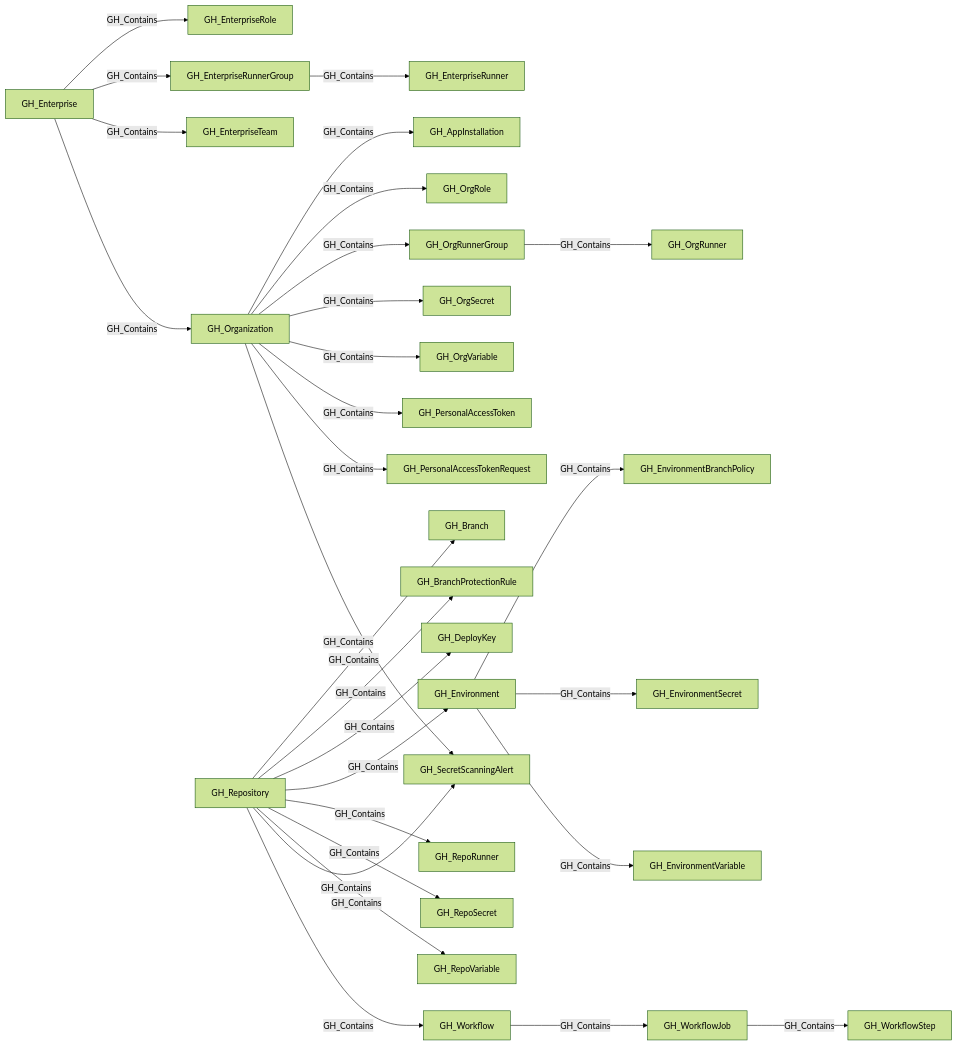
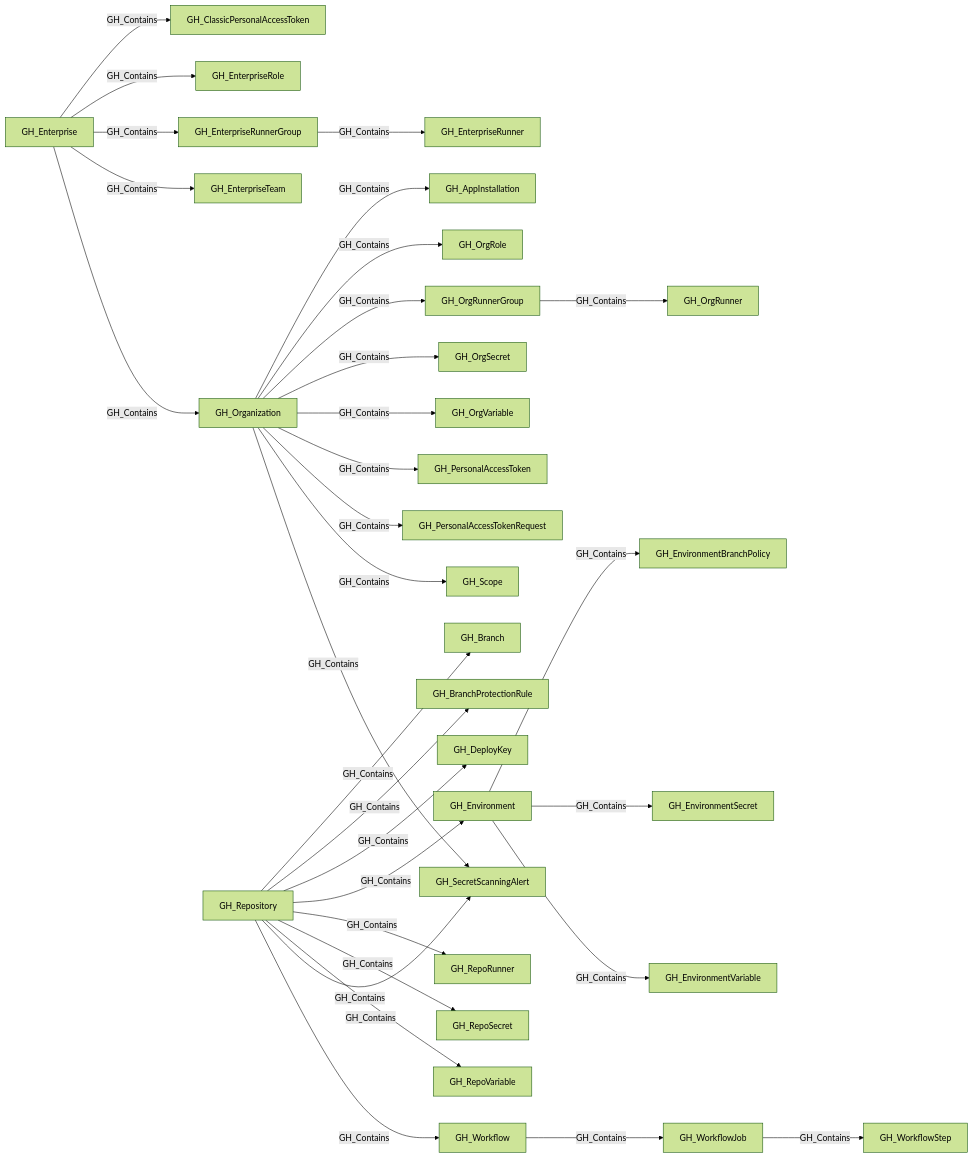
The first of 2 diagrams in docs/opengraph/extensions/github/edges/gh_contains.mdx (SpecterOps/bloodhound-docs), drawn with Mermaid (forest theme) before and after one commit. The commit also changed other lines of this file and 30 other files, not shown here.

Commit message:
chore: update openhound github reference for schema v1.4.0

````diff
--- a/docs/opengraph/extensions/github/edges/gh_contains.mdx
+++ b/docs/opengraph/extensions/github/edges/gh_contains.mdx
@@ -43,60 +45,64 @@
 ```mermaid
 flowchart LR
     GH_AppInstallation["GH_AppInstallation"]
     GH_Branch["GH_Branch"]
     GH_BranchProtectionRule["GH_BranchProtectionRule"]
+    GH_ClassicPersonalAccessToken["GH_ClassicPersonalAccessToken"]
     GH_DeployKey["GH_DeployKey"]
     GH_Enterprise["GH_Enterprise"]
     GH_EnterpriseRole["GH_EnterpriseRole"]
     GH_EnterpriseRunner["GH_EnterpriseRunner"]
     GH_EnterpriseRunnerGroup["GH_EnterpriseRunnerGroup"]
     GH_EnterpriseTeam["GH_EnterpriseTeam"]
     GH_Environment["GH_Environment"]
     GH_EnvironmentBranchPolicy["GH_EnvironmentBranchPolicy"]
     GH_EnvironmentSecret["GH_EnvironmentSecret"]
     GH_EnvironmentVariable["GH_EnvironmentVariable"]
     GH_Organization["GH_Organization"]
     GH_OrgRole["GH_OrgRole"]
     GH_OrgRunner["GH_OrgRunner"]
     GH_OrgRunnerGroup["GH_OrgRunnerGroup"]
     GH_OrgSecret["GH_OrgSecret"]
     GH_OrgVariable["GH_OrgVariable"]
     GH_PersonalAccessToken["GH_PersonalAccessToken"]
     GH_PersonalAccessTokenRequest["GH_PersonalAccessTokenRequest"]
     GH_RepoRunner["GH_RepoRunner"]
     GH_RepoSecret["GH_RepoSecret"]
     GH_Repository["GH_Repository"]
     GH_RepoVariable["GH_RepoVariable"]
+    GH_Scope["GH_Scope"]
     GH_SecretScanningAlert["GH_SecretScanningAlert"]
     GH_Workflow["GH_Workflow"]
     GH_WorkflowJob["GH_WorkflowJob"]
     GH_WorkflowStep["GH_WorkflowStep"]
+    GH_Enterprise -- GH_Contains --> GH_ClassicPersonalAccessToken
     GH_Enterprise -- GH_Contains --> GH_EnterpriseRole
     GH_Enterprise -- GH_Contains --> GH_EnterpriseRunnerGroup
     GH_Enterprise -- GH_Contains --> GH_EnterpriseTeam
     GH_Enterprise -- GH_Contains --> GH_Organization
     GH_EnterpriseRunnerGroup -- GH_Contains --> GH_EnterpriseRunner
     GH_Environment -- GH_Contains --> GH_EnvironmentBranchPolicy
     GH_Environment -- GH_Contains --> GH_EnvironmentSecret
     GH_Environment -- GH_Contains --> GH_EnvironmentVariable
     GH_Organization -- GH_Contains --> GH_AppInstallation
     GH_Organization -- GH_Contains --> GH_OrgRole
     GH_Organization -- GH_Contains --> GH_OrgRunnerGroup
     GH_Organization -- GH_Contains --> GH_OrgSecret
     GH_Organization -- GH_Contains --> GH_OrgVariable
     GH_Organization -- GH_Contains --> GH_PersonalAccessToken
     GH_Organization -- GH_Contains --> GH_PersonalAccessTokenRequest
+    GH_Organization -- GH_Contains --> GH_Scope
     GH_Organization -- GH_Contains --> GH_SecretScanningAlert
     GH_OrgRunnerGroup -- GH_Contains --> GH_OrgRunner
     GH_Repository -- GH_Contains --> GH_Branch
     GH_Repository -- GH_Contains --> GH_BranchProtectionRule
     GH_Repository -- GH_Contains --> GH_DeployKey
     GH_Repository -- GH_Contains --> GH_Environment
     GH_Repository -- GH_Contains --> GH_RepoRunner
     GH_Repository -- GH_Contains --> GH_RepoSecret
     GH_Repository -- GH_Contains --> GH_RepoVariable
     GH_Repository -- GH_Contains --> GH_SecretScanningAlert
     GH_Repository -- GH_Contains --> GH_Workflow
     GH_Workflow -- GH_Contains --> GH_WorkflowJob
     GH_WorkflowJob -- GH_Contains --> GH_WorkflowStep
 ```
````
